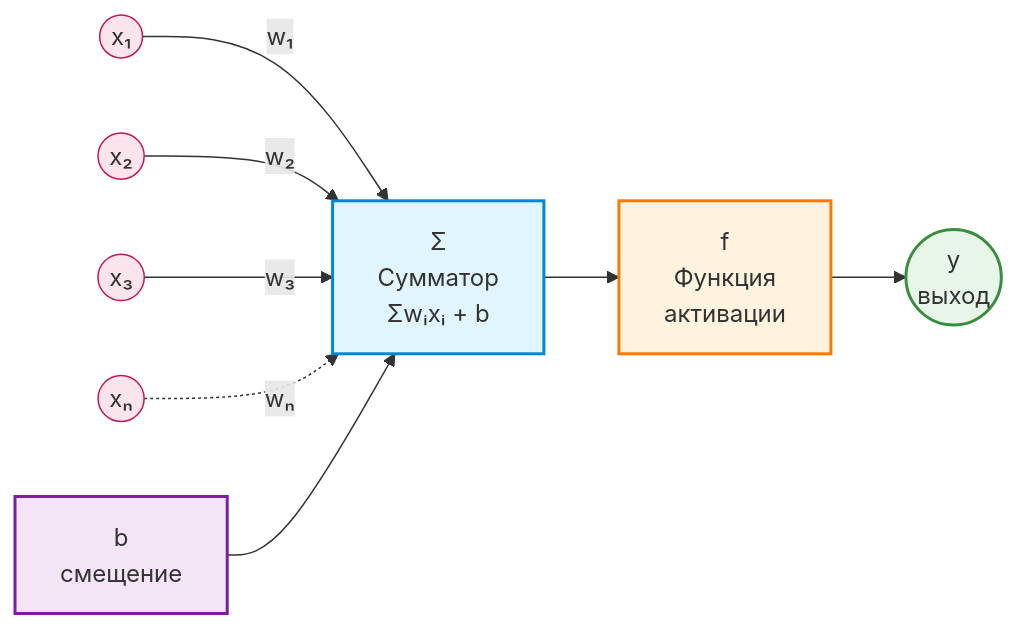
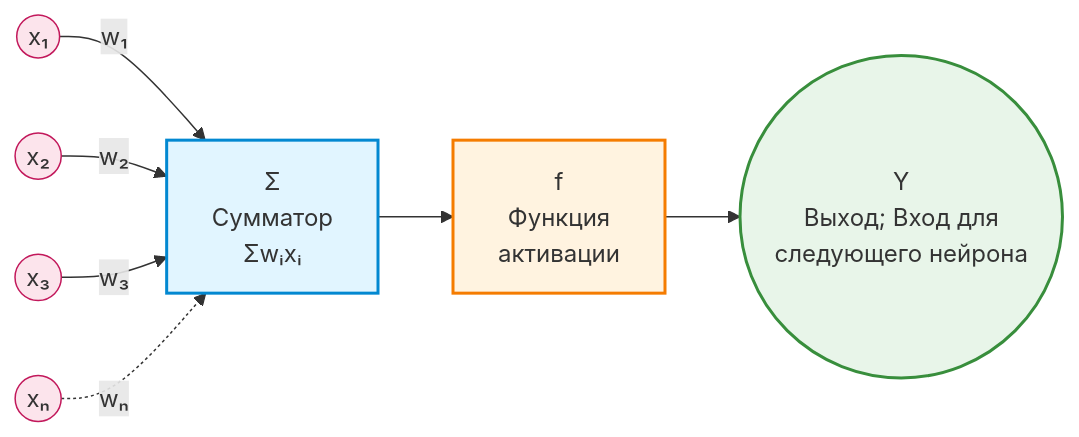
The first of 6 diagrams in specds.md (sabahtalateh/ainots), drawn with Mermaid before and after one commit. The commit also changed other lines of this file, not shown here.

````diff
--- a/specds.md
+++ b/specds.md
@@ -941,30 +941,26 @@
 ```mermaid
 graph LR
     %% Входные сигналы
     x1((x₁)) --> |w₁| sum
     x2((x₂)) --> |w₂| sum
     x3((x₃)) --> |w₃| sum
     xn((xₙ)) -.->|wₙ| sum
     
-    %% Смещение
-    bias[b<br/>смещение] --> sum
-    
     %% Сумматор
-    sum[Σ<br/>Сумматор<br/>Σwᵢxᵢ + b] --> activation
+    sum[Σ<br/>Сумматор<br/>Σwᵢxᵢ] --> activation
     
     %% Функция активации
     activation[f<br/>Функция<br/>активации] --> output
     
     %% Выход
-    output((y<br/>выход))
+    output((Y</br> Выход; Вход для следующего нейрона))
     
     %% Стилизация
     style sum fill:#e1f5ff,stroke:#0288d1,stroke-width:2px
     style activation fill:#fff3e0,stroke:#f57c00,stroke-width:2px
-    style bias fill:#f3e5f5,stroke:#7b1fa2,stroke-width:2px
     style output fill:#e8f5e9,stroke:#388e3c,stroke-width:2px
     style x1 fill:#fce4ec,stroke:#c2185b
     style x2 fill:#fce4ec,stroke:#c2185b
     style x3 fill:#fce4ec,stroke:#c2185b
     style xn fill:#fce4ec,stroke:#c2185b
 ```
````
